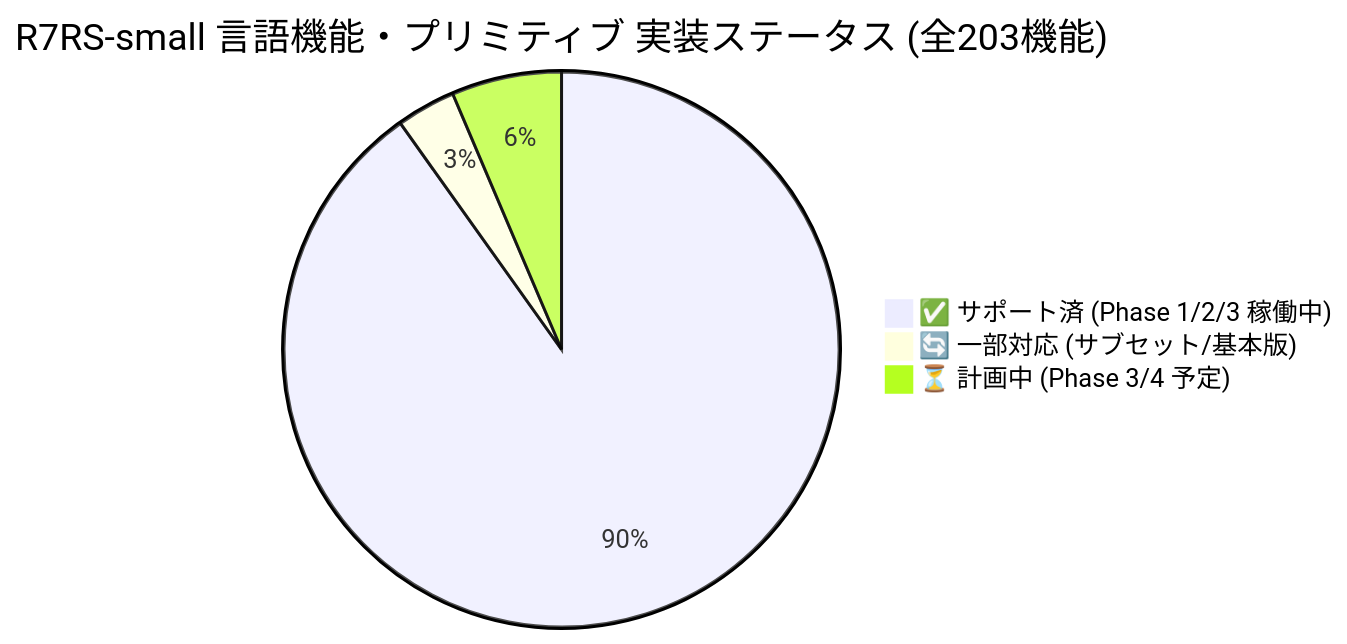
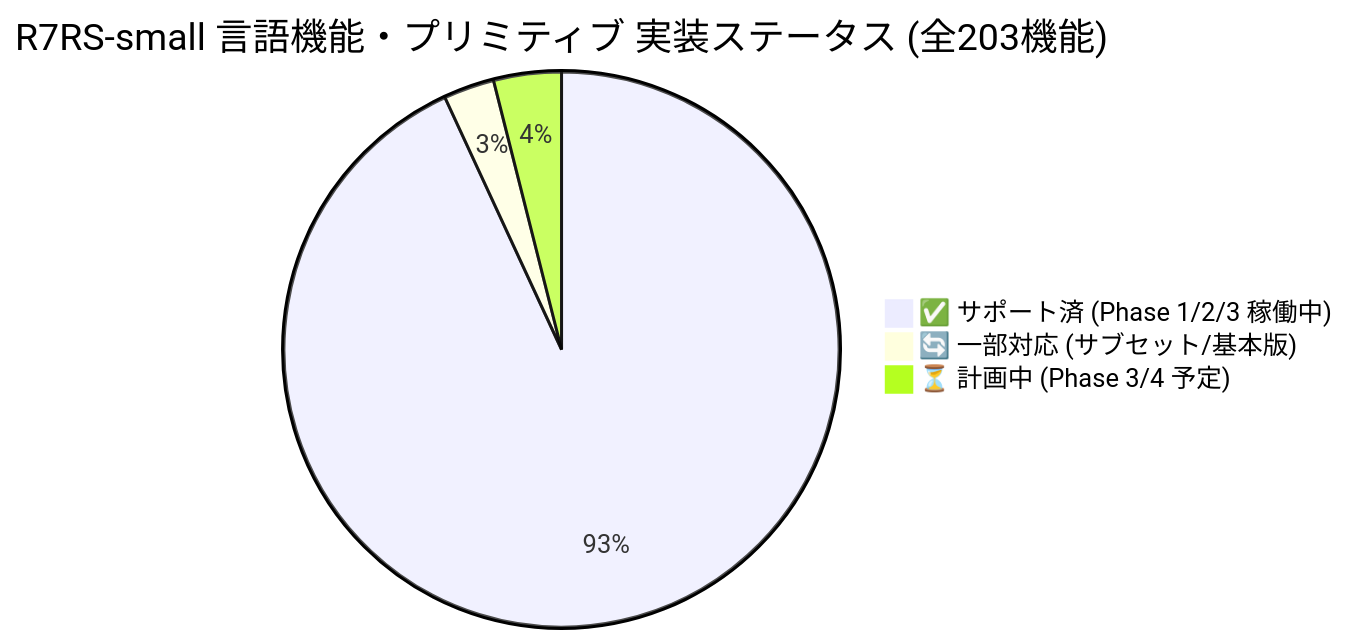
Before and after one commit to rokujyouhitoma/arxiv-security-papers: the first of 3 diagrams in ilisp/docs/SPEC_R7RS.md, drawn with Mermaid. The commit also changed other lines of this file and 5 other files, not shown here.

````diff
--- a/ilisp/docs/SPEC_R7RS.md
+++ b/ilisp/docs/SPEC_R7RS.md
@@ -17,6 +17,6 @@
 ```mermaid
 pie title R7RS-small 言語機能・プリミティブ 実装ステータス (全203機能)
-    "✅ サポート済 (Phase 1/2/3 稼働中)" : 183
-    "🔄 一部対応 (サブセット/基本版)" : 7
-    "⏳ 計画中 (Phase 3/4 予定)" : 13
+    "✅ サポート済 (Phase 1/2/3 稼働中)" : 189
+    "🔄 一部対応 (サブセット/基本版)" : 6
+    "⏳ 計画中 (Phase 3/4 予定)" : 8
 ```
````
